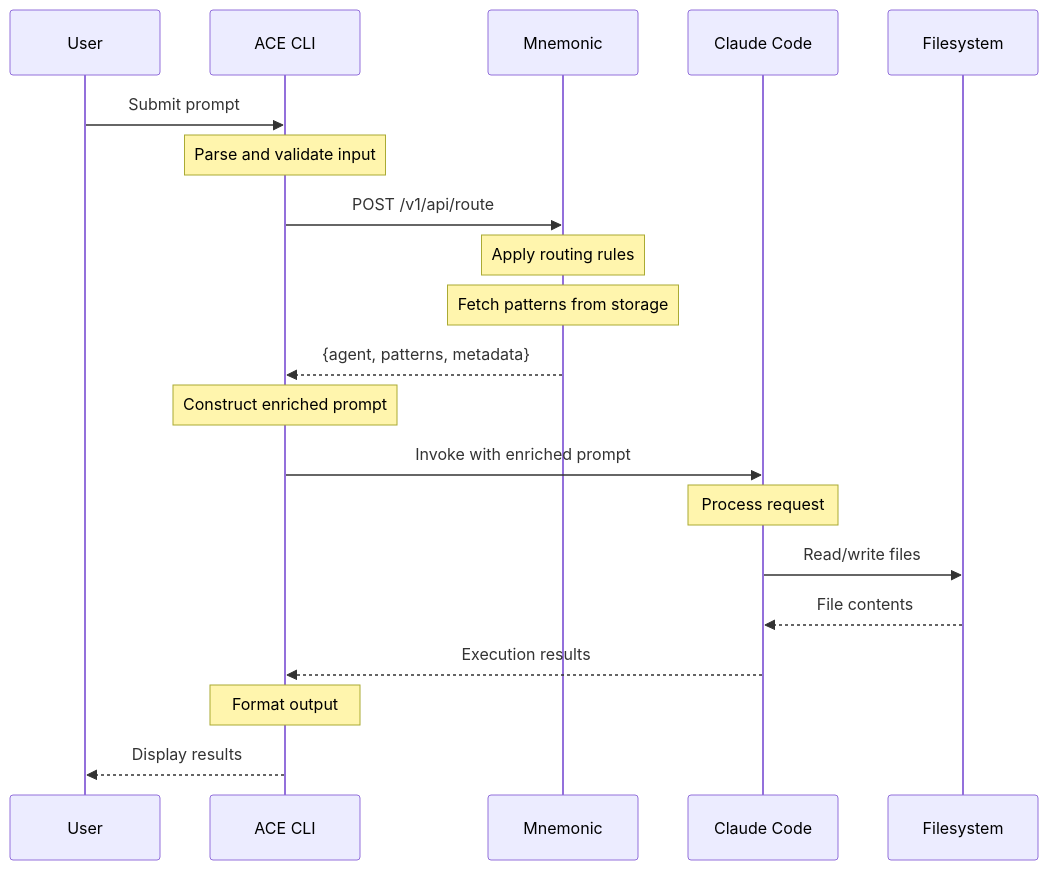
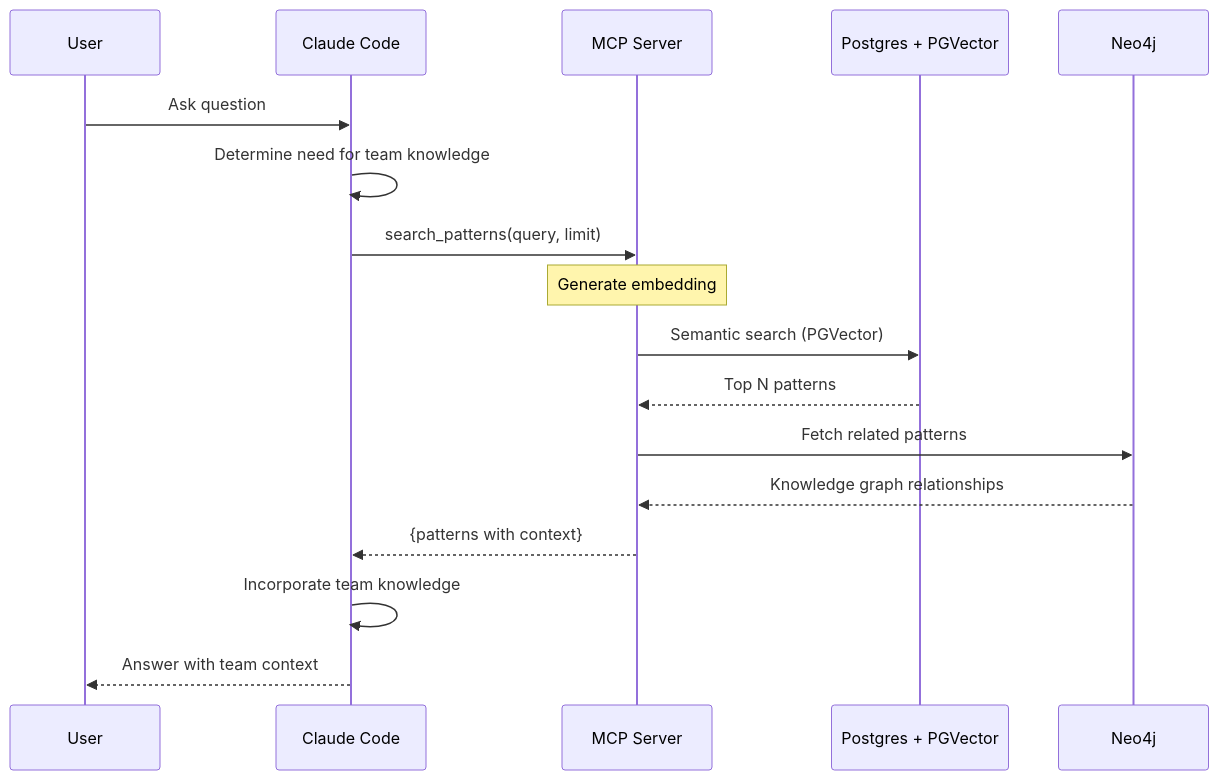
The third of 5 diagrams in docs/architecture/03-system-architecture.md (twistingmercury/mnemonic-mcp), drawn with Mermaid before and after one commit. The commit also changed other lines of this file and 63 other files, not shown here.

````diff
--- a/docs/architecture/03-system-architecture.md
+++ b/docs/architecture/03-system-architecture.md
@@ -148,34 +166,25 @@
 ```mermaid
 sequenceDiagram
-    participant U as User
-    participant CLI as ACE CLI
-    participant MN as Mnemonic
+    participant User
     participant CC as Claude Code
-    participant FS as Filesystem
+    participant MCP as MCP Server
+    participant PG as Postgres + PGVector
+    participant NEO as Neo4j
 
-    U->>CLI: Submit prompt
+    User->>CC: Ask question
+    CC->>CC: Determine need for team knowledge
 
-    Note over CLI: Parse and validate input
+    CC->>MCP: search_patterns(query, limit)
 
-    CLI->>MN: POST /v1/api/route
+    Note over MCP: Generate embedding
+    MCP->>PG: Semantic search (PGVector)
+    PG-->>MCP: Top N patterns
 
-    Note over MN: Apply routing rules
-    Note over MN: Fetch patterns from storage
+    MCP->>NEO: Fetch related patterns
+    NEO-->>MCP: Knowledge graph relationships
 
-    MN-->>CLI: {agent, patterns, metadata}
+    MCP-->>CC: {patterns with context}
 
-    Note over CLI: Construct enriched prompt
-
-    CLI->>CC: Invoke with enriched prompt
-
-    Note over CC: Process request
-
-    CC->>FS: Read/write files
-    FS-->>CC: File contents
-
-    CC-->>CLI: Execution results
-
-    Note over CLI: Format output
-
-    CLI-->>U: Display results
+    CC->>CC: Incorporate team knowledge
+    CC-->>User: Answer with team context
 ```
````
